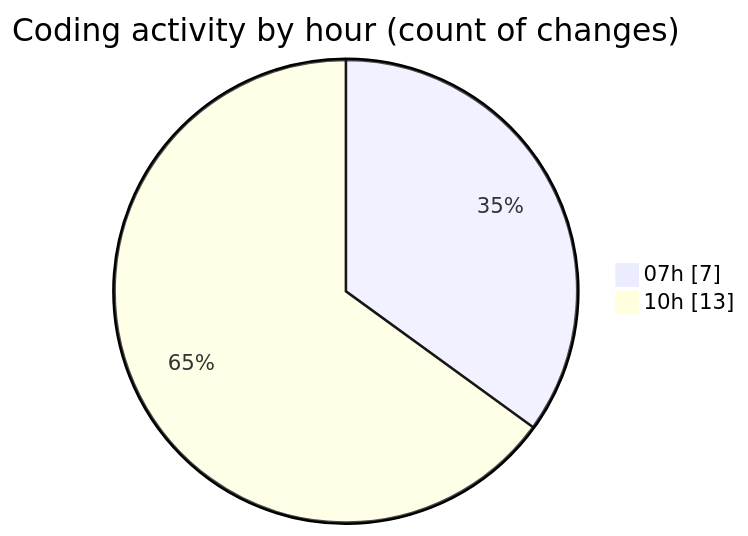
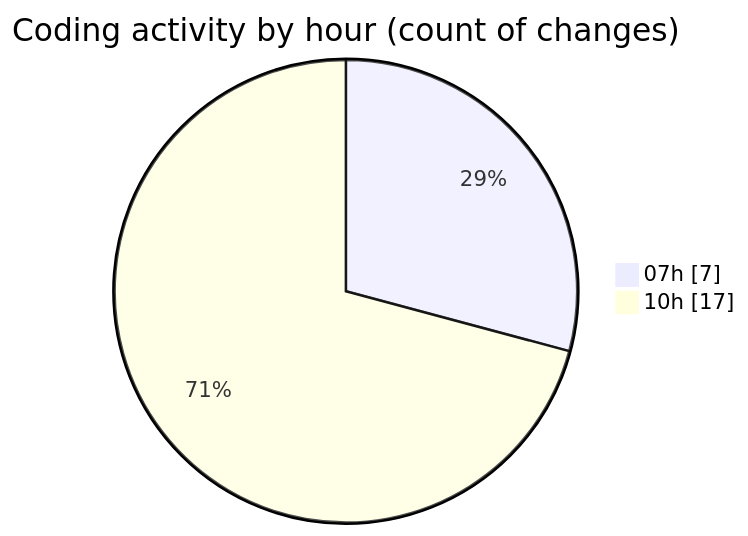
The second of 2 diagrams in 2025-02-27/area-formacao-web/README.md (robertbonfada/code-tracking), drawn with Mermaid before and after one commit. The commit also changed other lines of this file and 1 other file, not shown here.

````diff
--- a/2025-02-27/area-formacao-web/README.md
+++ b/2025-02-27/area-formacao-web/README.md
@@ -34,6 +34,6 @@
 ```mermaid
 pie showData
 title Coding activity by hour (count of changes)
 "07h" : 7
-"10h" : 13
+"10h" : 17
 ```
````
